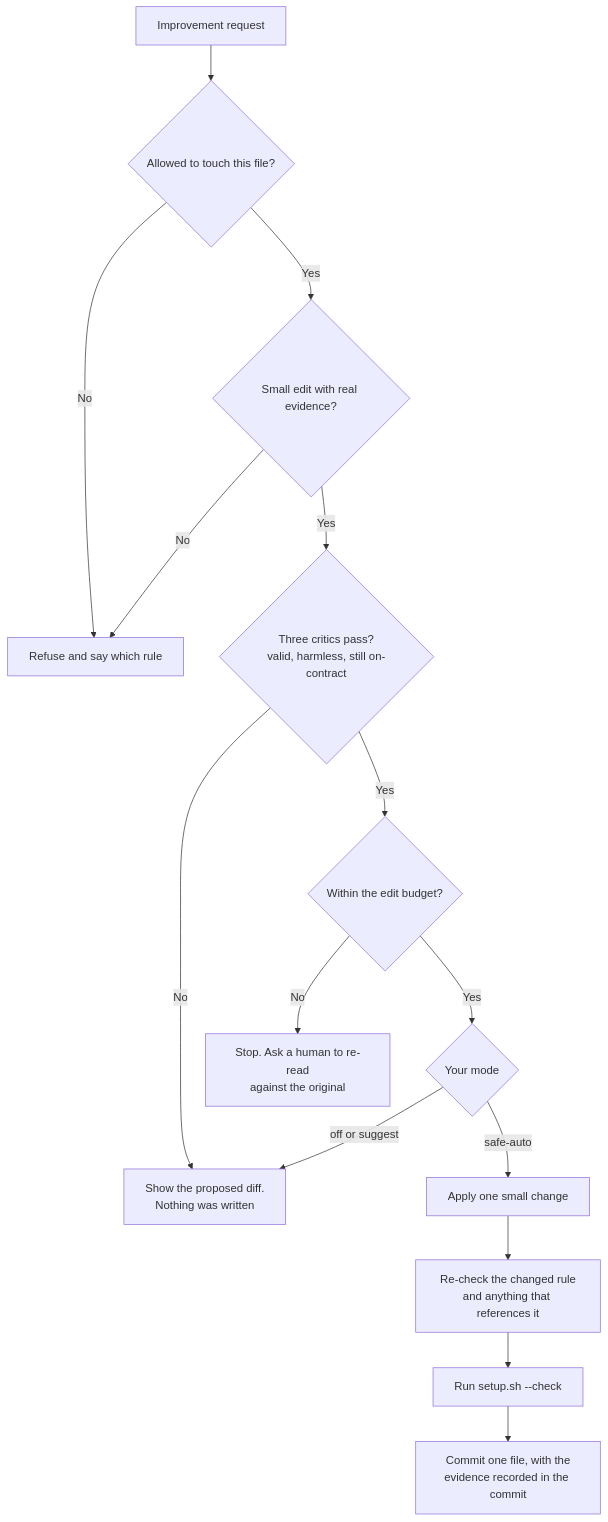
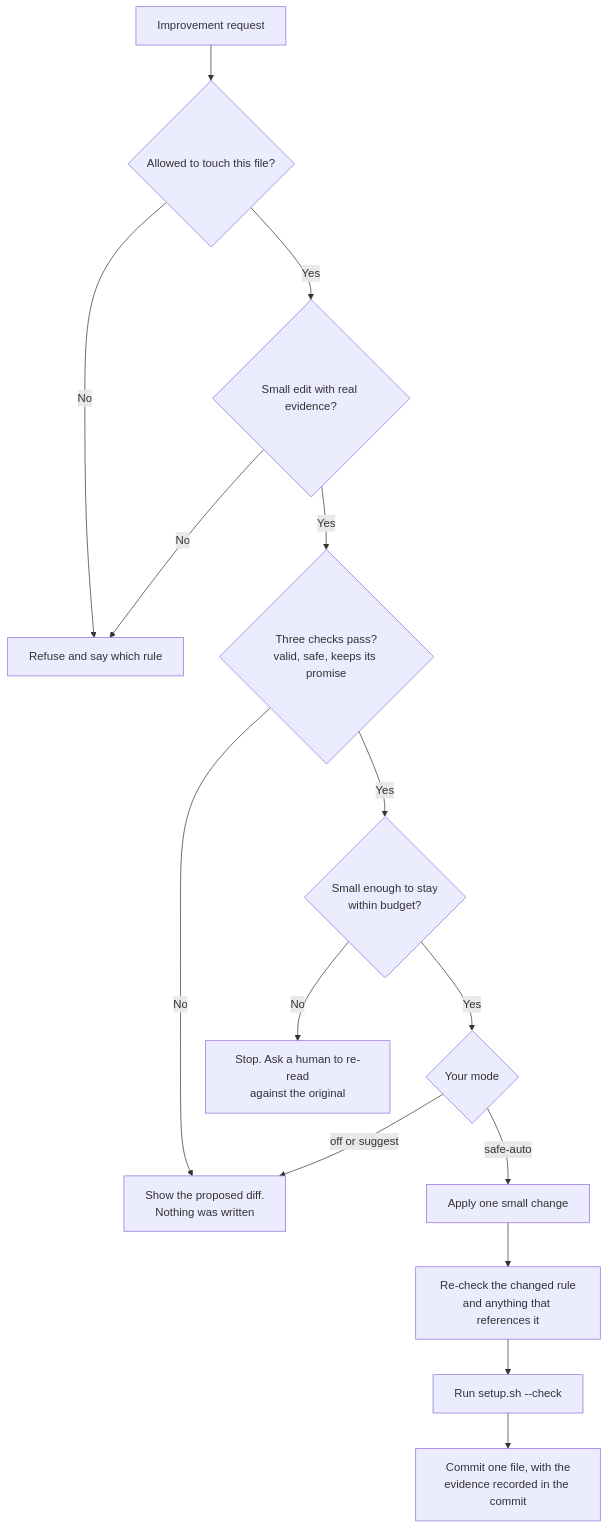
Before and after one commit to adhyayanrathi01/product-manager-os: the fourth of 5 diagrams in docs/FLOWS.md, drawn with Mermaid. The commit also changed other lines of this file and 2 other files, not shown here.

First line of the commit message:
Rewrite FLOWS.md for the person using it, not reading it

````diff
--- a/docs/FLOWS.md
+++ b/docs/FLOWS.md
@@ -97,17 +128,17 @@
 ```mermaid
 flowchart TD
     A[Improvement request] --> B{Allowed to touch this file?}
     B -->|No| X[Refuse and say which rule]
     B -->|Yes| C{Small edit with real evidence?}
     C -->|No| X
-    C -->|Yes| D{Three critics pass?<br/>valid, harmless, still on-contract}
+    C -->|Yes| D{Three checks pass?<br/>valid, safe, keeps its promise}
     D -->|No| Y[Show the proposed diff.<br/>Nothing was written]
-    D -->|Yes| E{Within the edit budget?}
+    D -->|Yes| E{Small enough to stay<br/>within budget?}
     E -->|No| Z[Stop. Ask a human to re-read<br/>against the original]
     E -->|Yes| F{Your mode}
     F -->|"off or suggest"| Y
     F -->|"safe-auto"| G[Apply one small change]
     G --> H[Re-check the changed rule<br/>and anything that references it]
     H --> I[Run setup.sh --check]
     I --> J[Commit one file, with the<br/>evidence recorded in the commit]
 ```
````
